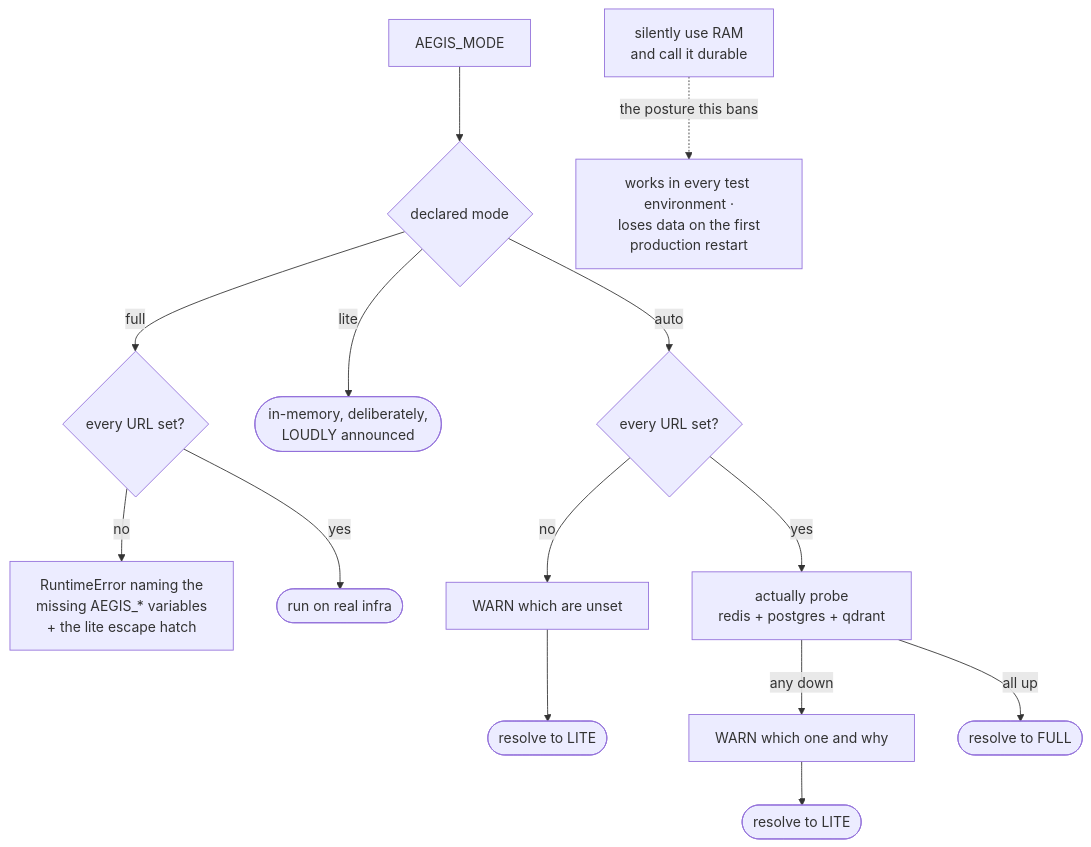
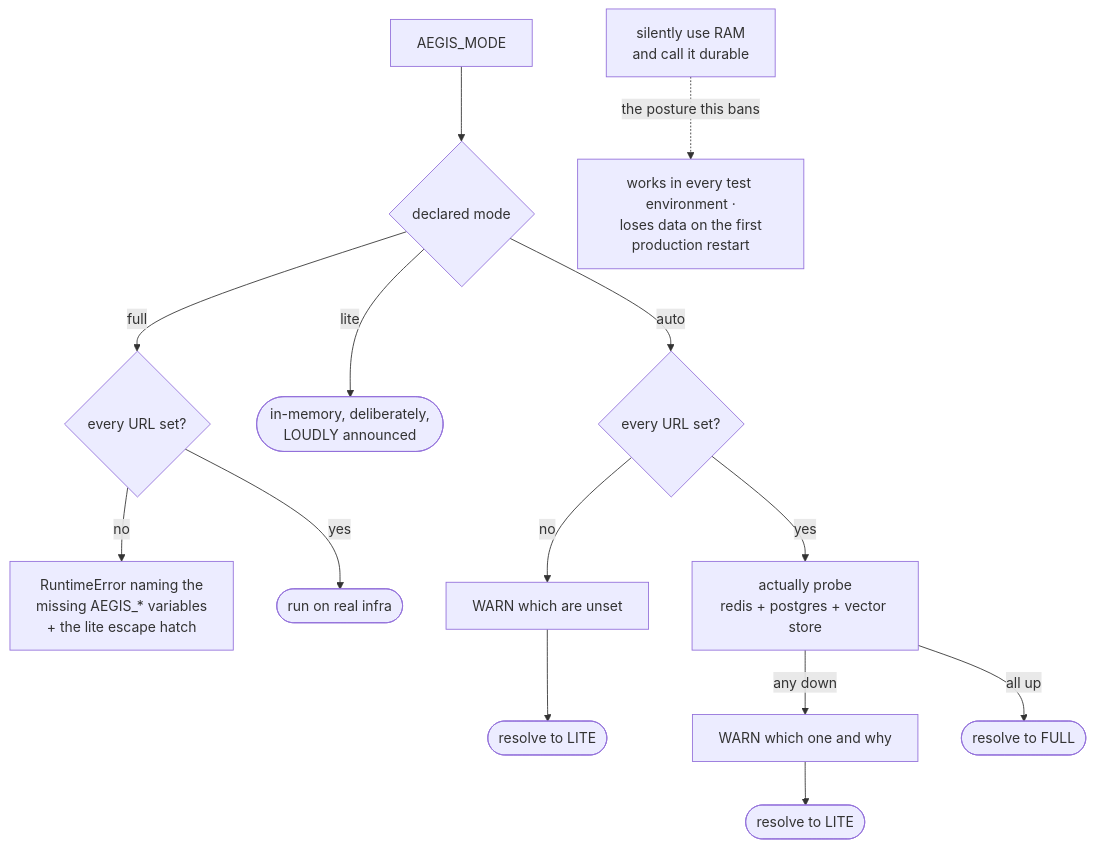
One commit to yrevash/aegis changed the eighth of 11 diagrams in docs/teaching/core/40-diagrams.md. Above: the diagram before and after it, drawn with Mermaid. The commit also changed other lines of this file and 79 other files, not shown here.

````diff
--- a/docs/teaching/core/40-diagrams.md
+++ b/docs/teaching/core/40-diagrams.md
@@ -188,18 +188,18 @@
 ```mermaid
 flowchart TB
     ENV["AEGIS_MODE"] --> M{"declared mode"}
 
     M -->|full| F{"every URL set?"}
     F -->|no| RAISE["RuntimeError naming the<br/>missing AEGIS_* variables<br/>+ the lite escape hatch"]
     F -->|yes| FULL(["run on real infra"])
 
     M -->|lite| LITE(["in-memory, deliberately,<br/>LOUDLY announced"])
 
     M -->|auto| A{"every URL set?"}
     A -->|no| W1["WARN which are unset"] --> L1(["resolve to LITE"])
-    A -->|yes| PROBE["actually probe<br/>redis + postgres + qdrant"]
+    A -->|yes| PROBE["actually probe<br/>redis + postgres + vector store"]
     PROBE -->|"any down"| W2["WARN which one and why"] --> L2(["resolve to LITE"])
     PROBE -->|"all up"| F2(["resolve to FULL"])
 
     NEVER["silently use RAM<br/>and call it durable"] -.->|"the posture this bans"| WHY["works in every test environment ·<br/>loses data on the first<br/>production restart"]
 ```
````
